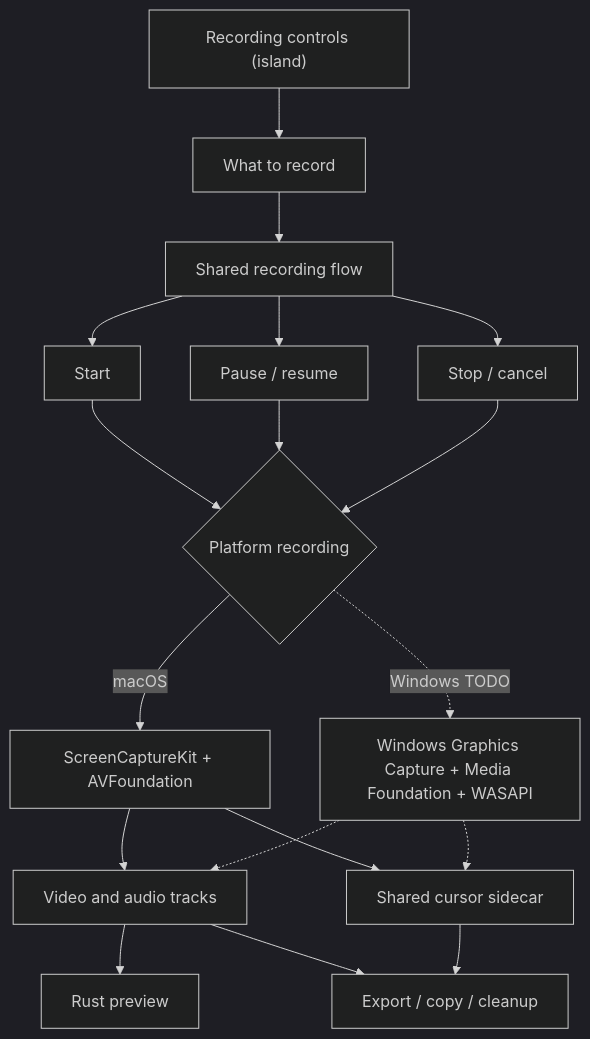
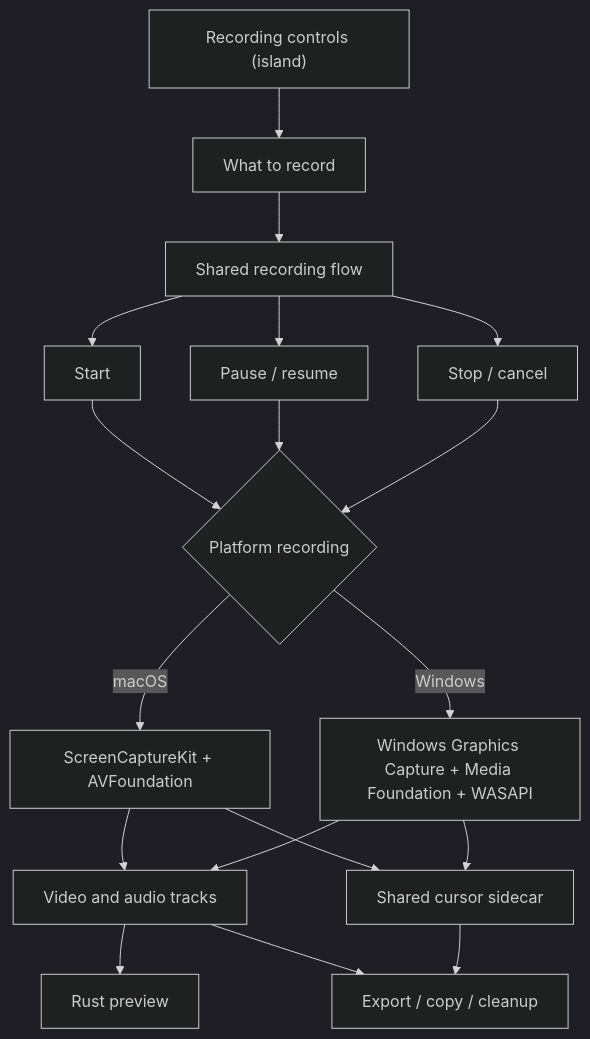
Before and after one commit to overpolish/screenwide: the first of 3 diagrams in src-tauri/src/recording/README.md, drawn with Mermaid (dark theme). The commit also changed other lines of this file and 82 other files, not shown here.

````diff
--- a/src-tauri/src/recording/README.md
+++ b/src-tauri/src/recording/README.md
@@ -8,24 +8,24 @@
 ```mermaid
 flowchart TD
   ISLAND["Recording controls (island)"] --> OPTIONS["What to record"]
   OPTIONS --> SHARED["Shared recording flow"]
 
   SHARED --> START["Start"]
   SHARED --> CONTROL["Pause / resume"]
   SHARED --> FINISH["Stop / cancel"]
 
   START --> PLATFORM{"Platform recording"}
   CONTROL --> PLATFORM
   FINISH --> PLATFORM
 
   PLATFORM -->|"macOS"| MAC["ScreenCaptureKit + AVFoundation"]
-  PLATFORM -.->|"Windows TODO"| WINDOWS["Windows Graphics Capture + Media Foundation + WASAPI"]
+  PLATFORM -->|"Windows"| WINDOWS["Windows Graphics Capture + Media Foundation + WASAPI"]
 
   MAC --> FILES["Video and audio tracks"]
-  WINDOWS -.-> FILES
+  WINDOWS --> FILES
   MAC --> CURSOR["Shared cursor sidecar"]
-  WINDOWS -.-> CURSOR
+  WINDOWS --> CURSOR
   FILES --> PREVIEW["Rust preview"]
   FILES --> EXPORT["Export / copy / cleanup"]
   CURSOR --> EXPORT
 ```
````
